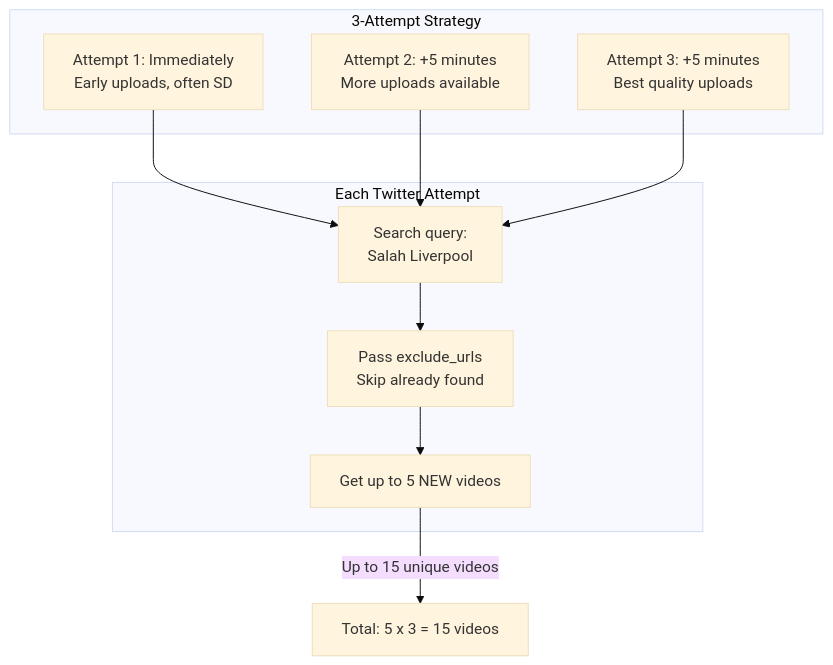
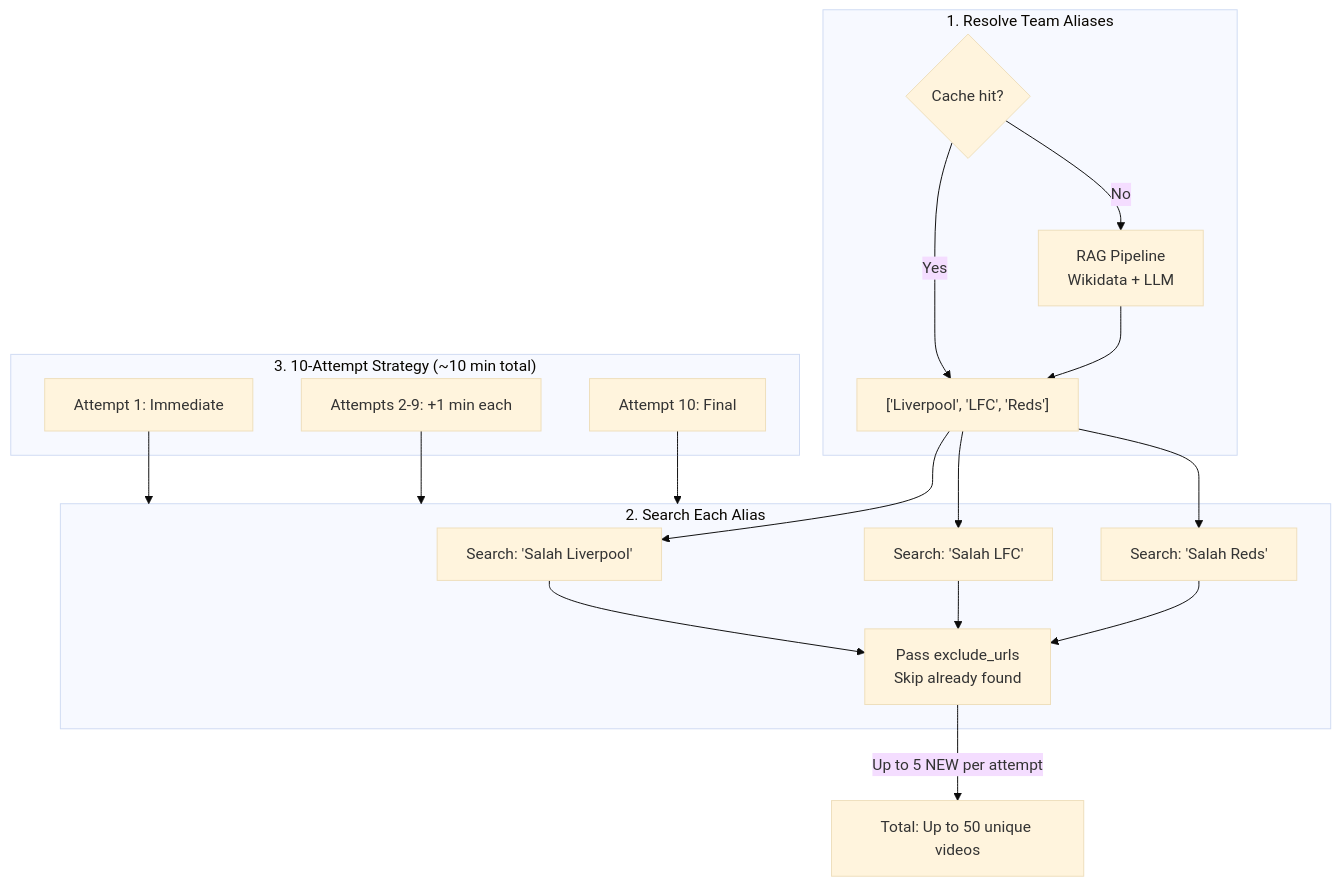
The fifth of 14 diagrams in README.md (vedantadhobley/found-footy), drawn with Mermaid (base theme) before and after one commit. The commit also changed other lines of this file and 4 other files, not shown here.

First line of the commit message:
docs: update README with multi-worker architecture and Mermaid diagrams

````diff
--- a/README.md
+++ b/README.md
@@ -197,21 +213,29 @@
 ```mermaid
 flowchart TB
-    subgraph ATTEMPT["Each Twitter Attempt"]
-        SEARCH[Search query:<br/>Salah Liverpool]
-        EXCLUDE[Pass exclude_urls<br/>Skip already found]
-        RESULTS[Get up to 5 NEW videos]
+    subgraph ALIASES["1. Resolve Team Aliases"]
+        CACHE{Cache hit?}
+        RAG[RAG Pipeline<br/>Wikidata + LLM]
+        RESULT["['Liverpool', 'LFC', 'Reds']"]
+        CACHE -->|Yes| RESULT
+        CACHE -->|No| RAG --> RESULT
     end
     
-    subgraph STRATEGY["3-Attempt Strategy"]
-        A1[Attempt 1: Immediately<br/>Early uploads, often SD]
-        A2[Attempt 2: +5 minutes<br/>More uploads available]
-        A3[Attempt 3: +5 minutes<br/>Best quality uploads]
+    subgraph SEARCH["2. Search Each Alias"]
+        Q1["Search: 'Salah Liverpool'"]
+        Q2["Search: 'Salah LFC'"]
+        Q3["Search: 'Salah Reds'"]
+        EXCLUDE[Pass exclude_urls<br/>Skip already found]
     end
     
-    A1 --> SEARCH
-    A2 --> SEARCH
-    A3 --> SEARCH
-    SEARCH --> EXCLUDE --> RESULTS
+    subgraph STRATEGY["3. 10-Attempt Strategy (~10 min total)"]
+        A1[Attempt 1: Immediate]
+        A2[Attempts 2-9: +1 min each]
+        A10[Attempt 10: Final]
+    end
     
-    RESULTS -->|Up to 15 unique videos| TOTAL[Total: 5 x 3 = 15 videos]
+    RESULT --> Q1 & Q2 & Q3
+    Q1 & Q2 & Q3 --> EXCLUDE
+    A1 & A2 & A10 --> SEARCH
+    
+    EXCLUDE -->|Up to 5 NEW per attempt| TOTAL[Total: Up to 50 unique videos]
 ```
````
